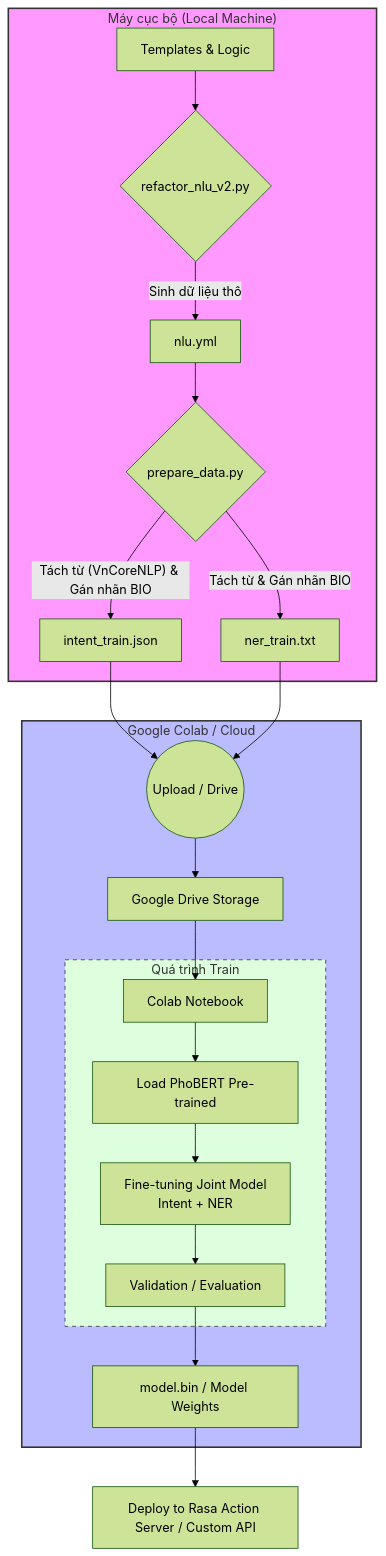
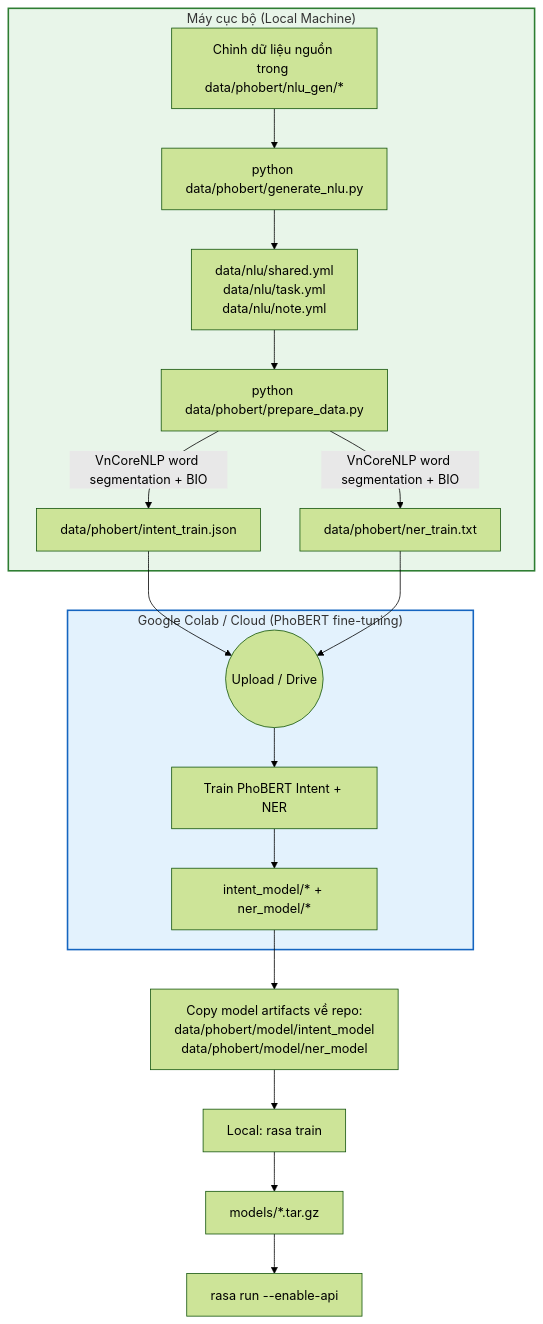
One commit to khanhbuiduc/Taskify changed the diagram in .doc/rasa/rasa_train_model.md. Above: the diagram before and after it, drawn with Mermaid (forest theme). The commit also changed other lines of this file and 39 other files, not shown here.

````diff
--- a/.doc/rasa/rasa_train_model.md
+++ b/.doc/rasa/rasa_train_model.md
@@ -7,38 +7,27 @@
 ```mermaid
 graph TD
-    %% Khối Local Development
     subgraph Local["Máy cục bộ (Local Machine)"]
-        A[Templates & Logic] --> B{refactor_nlu_v2.py}
-        B -- "Sinh dữ liệu thô" --> C1[nlu.yml]
-        
-        C1 --> D{prepare_data.py}
-        D -- "Tách từ (VnCoreNLP) & Gán nhãn BIO" --> E1[intent_train.json]
-        D -- "Tách từ & Gán nhãn BIO" --> E2[ner_train.txt]
+        A[Chỉnh dữ liệu nguồn trong data/phobert/nlu_gen/*] --> B[python data/phobert/generate_nlu.py]
+        B --> C[data/nlu/shared.yml<br/>data/nlu/task.yml<br/>data/nlu/note.yml]
+        C --> D[python data/phobert/prepare_data.py]
+        D -- "VnCoreNLP word segmentation + BIO" --> E1[data/phobert/intent_train.json]
+        D -- "VnCoreNLP word segmentation + BIO" --> E2[data/phobert/ner_train.txt]
     end
 
-    %% Khối Truyển tải dữ liệu
     E1 --> F((Upload / Drive))
     E2 --> F
 
-    %% Khối Google Colab
-    subgraph Colab["Google Colab / Cloud"]
-        F --> G[Google Drive Storage]
-        G --> H[Colab Notebook]
-        
-        subgraph Training["Quá trình Train"]
-            H --> I[Load PhoBERT Pre-trained]
-            I --> J[Fine-tuning Joint Model<br/>Intent + NER]
-            J --> K[Validation / Evaluation]
-        end
-        
-        K --> L[model.bin / Model Weights]
+    subgraph Colab["Google Colab / Cloud (PhoBERT fine-tuning)"]
+        F --> G[Train PhoBERT Intent + NER]
+        G --> H[intent_model/* + ner_model/*]
     end
 
-    %% Kết quả cuối cùng
-    L --> M[Deploy to Rasa Action Server / Custom API]
+    H --> I[Copy model artifacts về repo:<br/>data/phobert/model/intent_model<br/>data/phobert/model/ner_model]
 
-    %% Styling
-    style Local fill:#f9f,stroke:#333,stroke-width:2px
-    style Colab fill:#bbf,stroke:#333,stroke-width:2px
-    style Training fill:#dfd,stroke:#333,stroke-dasharray: 5 5
+    I --> J[Local: rasa train]
+    J --> K[models/*.tar.gz]
+    K --> L[rasa run --enable-api]
+
+    style Local fill:#e8f5e9,stroke:#2e7d32,stroke-width:2px
+    style Colab fill:#e3f2fd,stroke:#1565c0,stroke-width:2px
 ```
````
